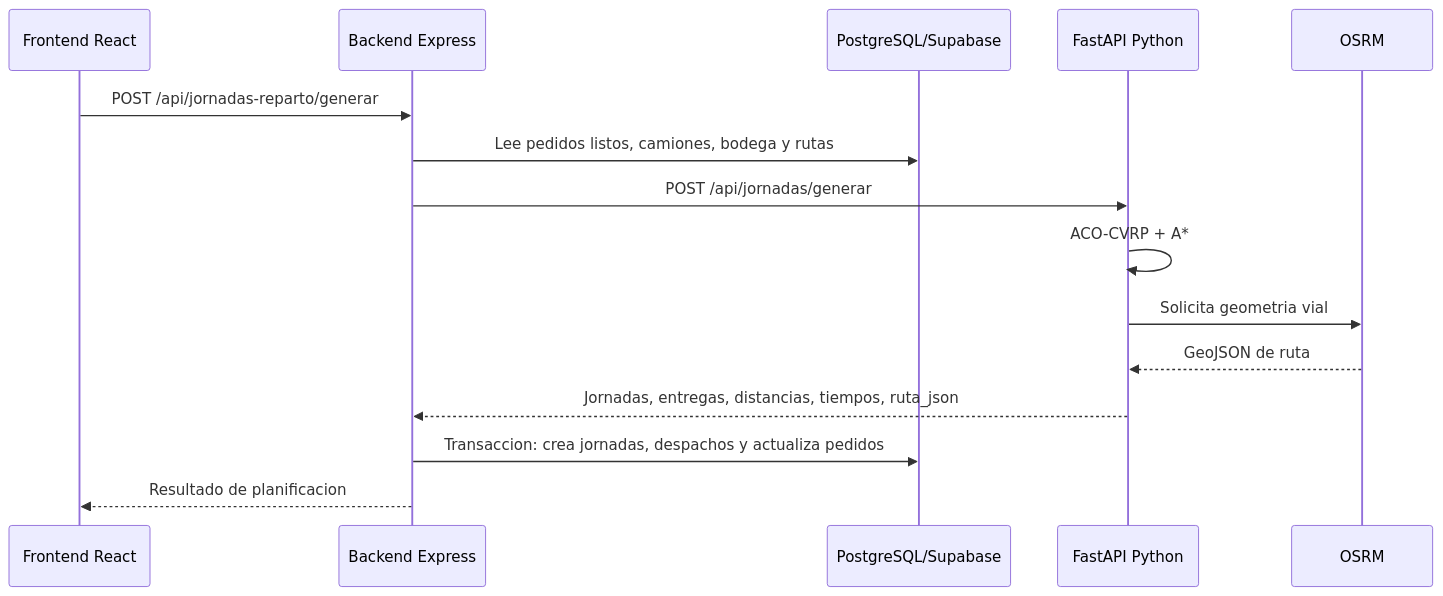
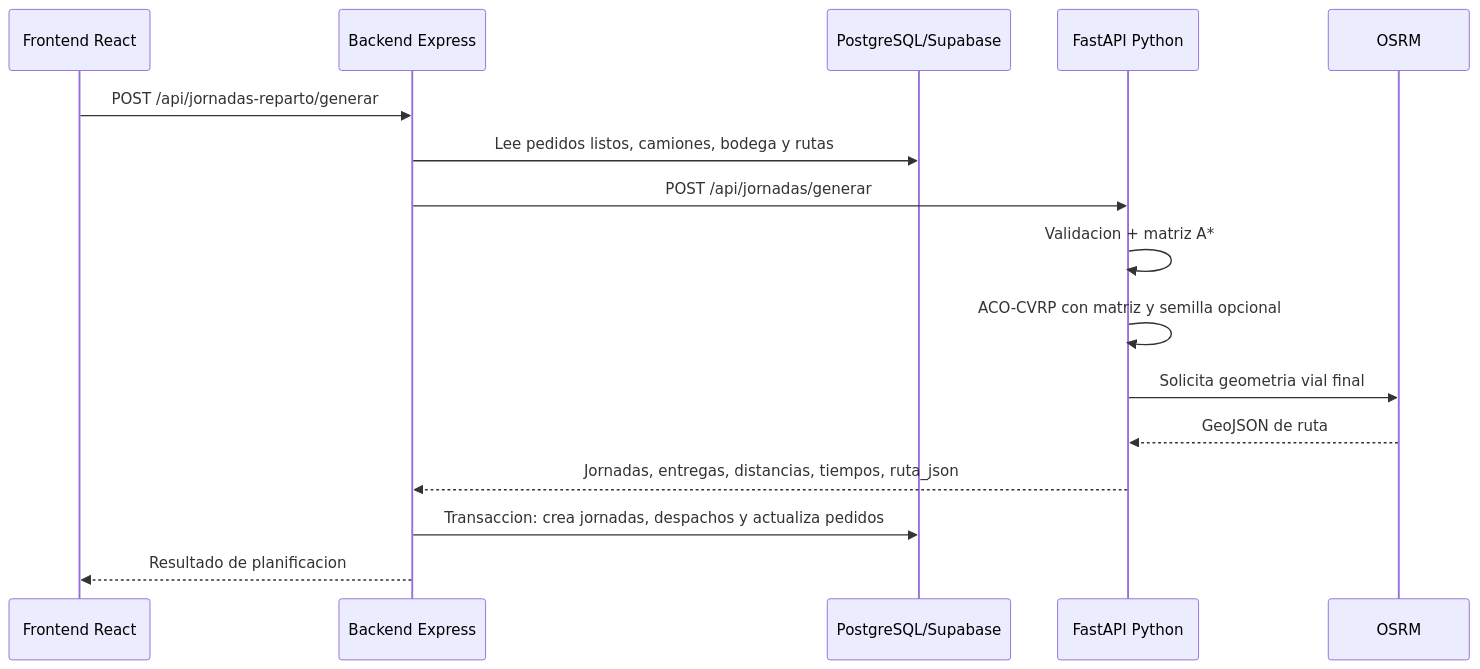
The second of 2 diagrams in docs/02-arquitectura-general.md (gabriel23mz/techsupply-scm), drawn with Mermaid before and after one commit. The commit also changed other lines of this file and 19 other files, not shown here.

````diff
--- a/docs/02-arquitectura-general.md
+++ b/docs/02-arquitectura-general.md
@@ -89,18 +89,19 @@
 ```mermaid
 sequenceDiagram
   participant FE as Frontend React
   participant BE as Backend Express
   participant DB as PostgreSQL/Supabase
   participant PY as FastAPI Python
   participant OS as OSRM
 
   FE->>BE: POST /api/jornadas-reparto/generar
   BE->>DB: Lee pedidos listos, camiones, bodega y rutas
   BE->>PY: POST /api/jornadas/generar
-  PY->>PY: ACO-CVRP + A*
-  PY->>OS: Solicita geometria vial
+  PY->>PY: Validacion + matriz A*
+  PY->>PY: ACO-CVRP con matriz y semilla opcional
+  PY->>OS: Solicita geometria vial final
   OS-->>PY: GeoJSON de ruta
   PY-->>BE: Jornadas, entregas, distancias, tiempos, ruta_json
   BE->>DB: Transaccion: crea jornadas, despachos y actualiza pedidos
   BE-->>FE: Resultado de planificacion
 ```
````
